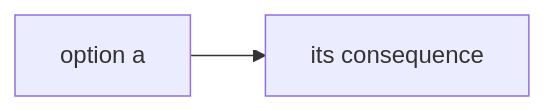
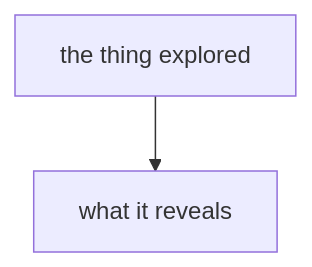
One commit to techoni3/golem changed the second of 2 diagrams in substrate/skills/tracker/templates/doc.md. Above: the diagram before and after it, drawn with Mermaid. The commit also changed other lines of this file and 2 other files, not shown here.

````diff
--- a/substrate/skills/tracker/templates/doc.md
+++ b/substrate/skills/tracker/templates/doc.md
@@ -77,4 +77,4 @@
 ```mermaid
-flowchart LR
-  O[option a] --> C[its consequence]
+flowchart TD
+  A[the thing explored] --> B[what it reveals]
 ```
````
